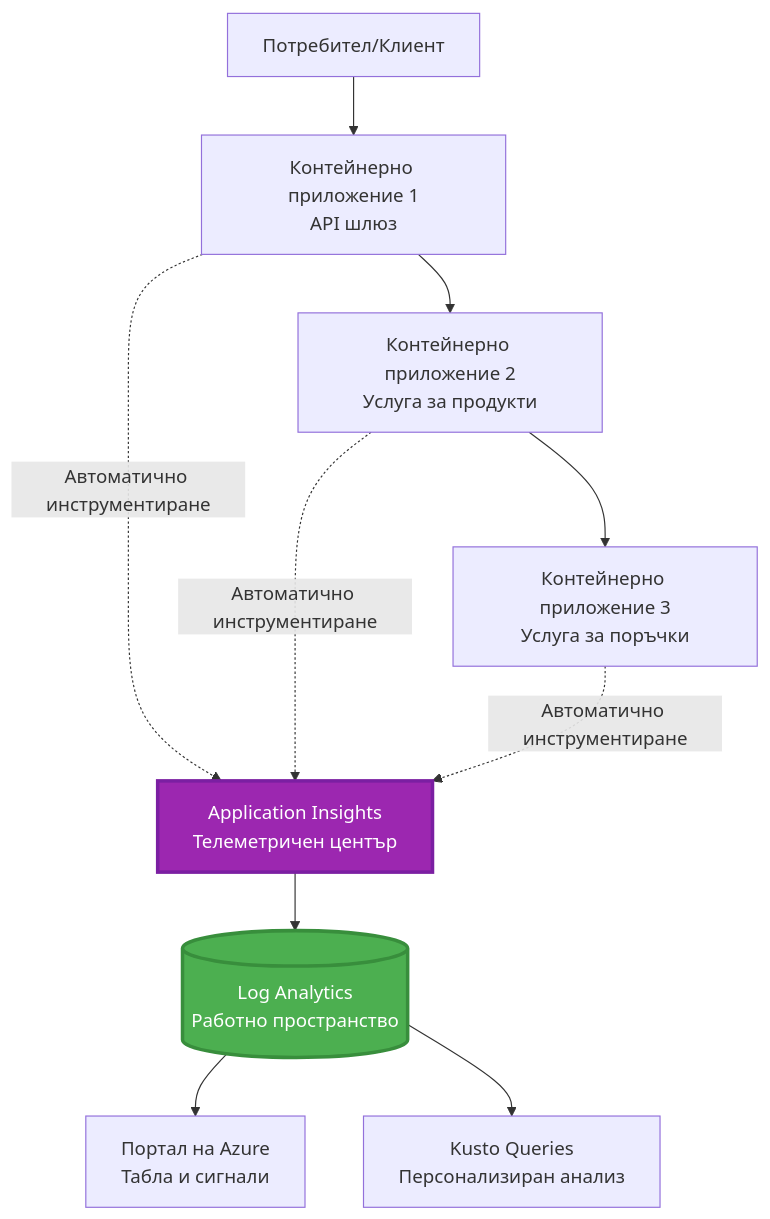
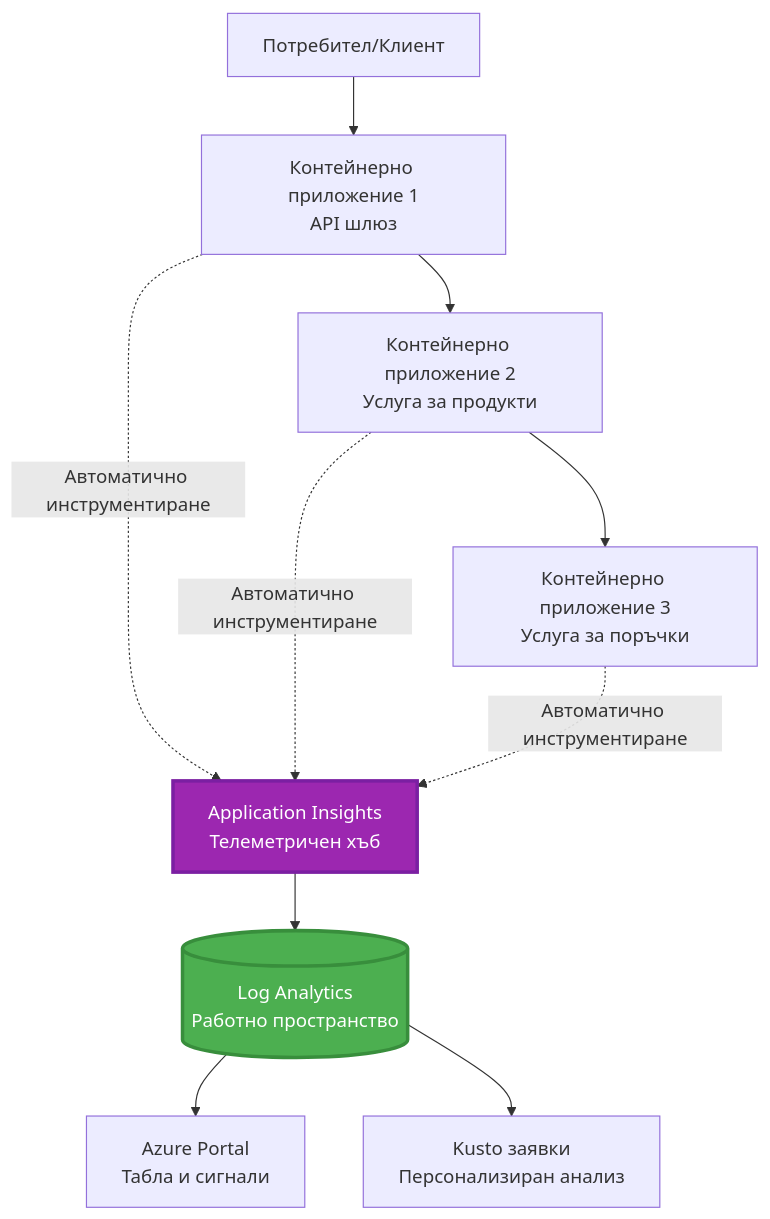
Before and after one commit to microsoft/AZD-for-beginners: the first of 2 diagrams in translations/bg/docs/chapter-06-pre-deployment/application-insights.md, drawn with Mermaid. The commit also changed other lines of this file and 101 other files, not shown here.

````diff
--- a/translations/bg/docs/chapter-06-pre-deployment/application-insights.md
+++ b/translations/bg/docs/chapter-06-pre-deployment/application-insights.md
@@ -58,28 +58,28 @@
 ```mermaid
 graph TB
     User[Потребител/Клиент]
     App1[Контейнерно приложение 1<br/>API шлюз]
     App2[Контейнерно приложение 2<br/>Услуга за продукти]
     App3[Контейнерно приложение 3<br/>Услуга за поръчки]
     
-    AppInsights[Application Insights<br/>Телеметричен център]
+    AppInsights[Application Insights<br/>Телеметричен хъб]
     LogAnalytics[(Log Analytics<br/>Работно пространство)]
     
-    Portal[Портал на Azure<br/>Табла и сигнали]
-    Query[Kusto Queries<br/>Персонализиран анализ]
+    Portal[Azure Portal<br/>Табла и сигнали]
+    Query[Kusto заявки<br/>Персонализиран анализ]
     
     User --> App1
     App1 --> App2
     App2 --> App3
     
     App1 -.->|Автоматично инструментиране| AppInsights
     App2 -.->|Автоматично инструментиране| AppInsights
     App3 -.->|Автоматично инструментиране| AppInsights
     
     AppInsights --> LogAnalytics
     LogAnalytics --> Portal
     LogAnalytics --> Query
     
     style AppInsights fill:#9C27B0,stroke:#7B1FA2,stroke-width:3px,color:#fff
     style LogAnalytics fill:#4CAF50,stroke:#388E3C,stroke-width:3px,color:#fff
 ```
````
